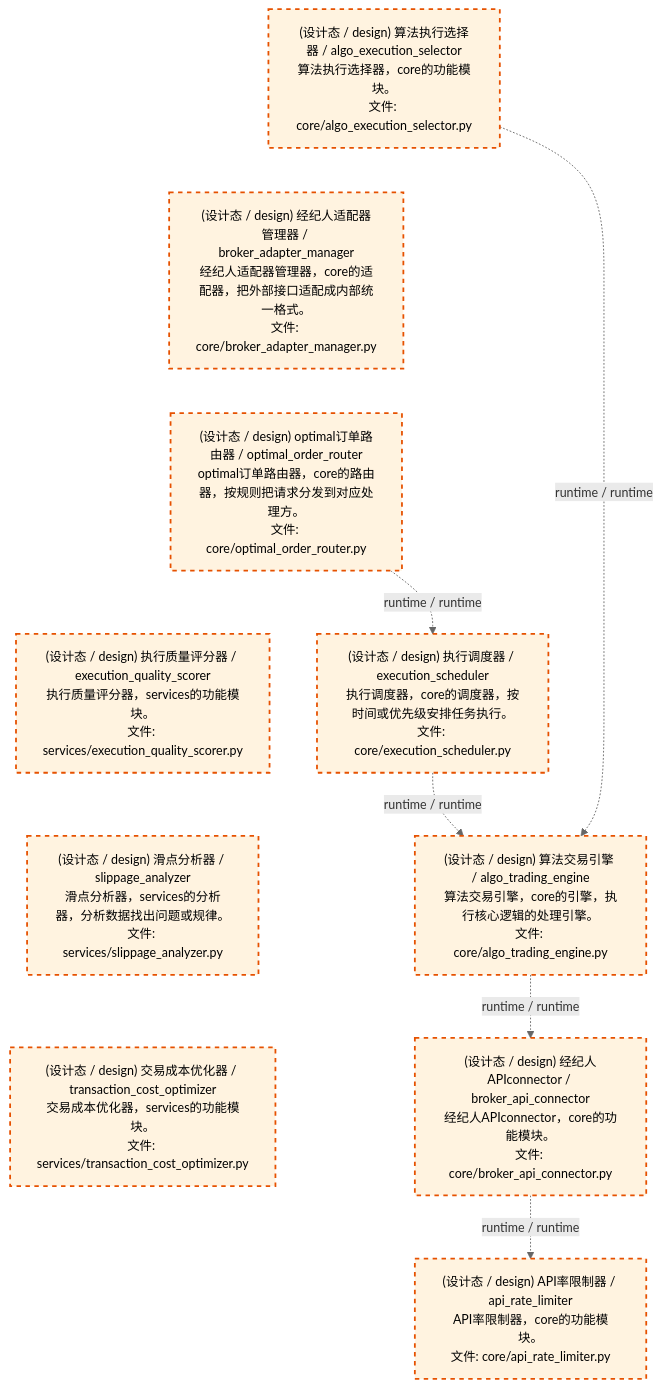
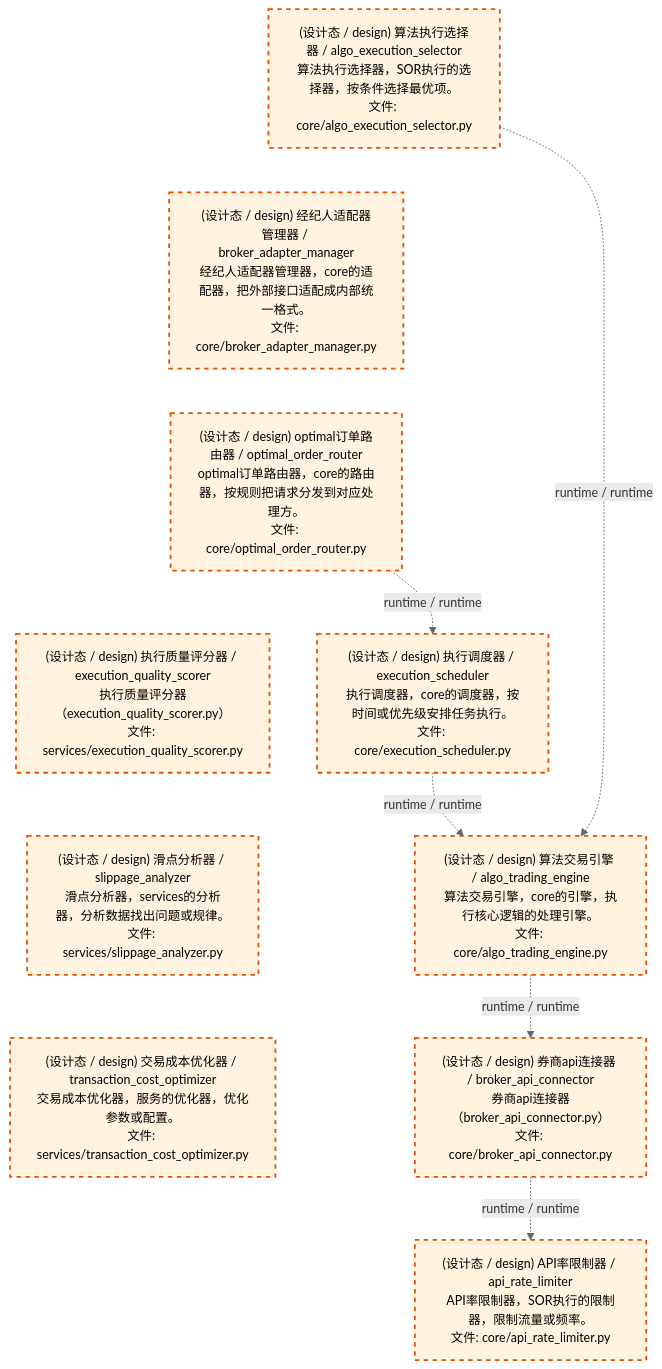
One commit to xuanFelixVan/ZephyrAlpha changed the third of 4 diagrams in docs/02_enterprise_architecture/02_domain_architecture_docs/45_d_ex_sor.md. Above: the diagram before and after it, drawn with Mermaid. The commit also changed other lines of this file and 50 other files, not shown here.

````diff
--- a/docs/02_enterprise_architecture/02_domain_architecture_docs/45_d_ex_sor.md
+++ b/docs/02_enterprise_architecture/02_domain_architecture_docs/45_d_ex_sor.md
@@ -138,29 +138,29 @@
 ```mermaid
 %%{init: {'theme': 'base', 'themeVariables': {'primaryColor': '#eaeaea', 'primaryTextColor': '#333333', 'primaryBorderColor': '#666666', 'lineColor': '#666666', 'secondaryColor': '#eaeaea', 'tertiaryColor': '#eaeaea', 'fontSize': '14px'}}}%%
 flowchart TD
-    src_zephyr_ex_sor_core_algo_execution_selector_py["(设计态 / design) 算法执行选择器 / algo_execution_selector<br/>算法执行选择器，core的功能模块。<br/>文件: core/algo_execution_selector.py"]
+    src_zephyr_ex_sor_core_algo_execution_selector_py["(设计态 / design) 算法执行选择器 / algo_execution_selector<br/>算法执行选择器，SOR执行的选择器，按条件选择最优项。<br/>文件: core/algo_execution_selector.py"]
     src_zephyr_ex_sor_core_broker_adapter_manager_py["(设计态 / design) 经纪人适配器管理器 / broker_adapter_manager<br/>经纪人适配器管理器，core的适配器，把外部接口适配成内部统一格式。<br/>文件: core/broker_adapter_manager.py"]
     src_zephyr_ex_sor_core_optimal_order_router_py["(设计态 / design) optimal订单路由器 / optimal_order_router<br/>optimal订单路由器，core的路由器，按规则把请求分发到对应处理方。<br/>文件: core/optimal_order_router.py"]
-    src_zephyr_ex_sor_services_execution_quality_scorer_py["(设计态 / design) 执行质量评分器 / execution_quality_scorer<br/>执行质量评分器，services的功能模块。<br/>文件: services/execution_quality_scorer.py"]
+    src_zephyr_ex_sor_services_execution_quality_scorer_py["(设计态 / design) 执行质量评分器 / execution_quality_scorer<br/>执行质量评分器（execution_quality_scorer.py）<br/>文件: services/execution_quality_scorer.py"]
     src_zephyr_ex_sor_services_slippage_analyzer_py["(设计态 / design) 滑点分析器 / slippage_analyzer<br/>滑点分析器，services的分析器，分析数据找出问题或规律。<br/>文件: services/slippage_analyzer.py"]
-    src_zephyr_ex_sor_services_transaction_cost_optimizer_py["(设计态 / design) 交易成本优化器 / transaction_cost_optimizer<br/>交易成本优化器，services的功能模块。<br/>文件: services/transaction_cost_optimizer.py"]
+    src_zephyr_ex_sor_services_transaction_cost_optimizer_py["(设计态 / design) 交易成本优化器 / transaction_cost_optimizer<br/>交易成本优化器，服务的优化器，优化参数或配置。<br/>文件: services/transaction_cost_optimizer.py"]
     src_zephyr_ex_sor_core_algo_execution_selector_py ~~~ src_zephyr_ex_sor_core_broker_adapter_manager_py
     src_zephyr_ex_sor_core_broker_adapter_manager_py ~~~ src_zephyr_ex_sor_core_optimal_order_router_py
     src_zephyr_ex_sor_core_optimal_order_router_py ~~~ src_zephyr_ex_sor_services_execution_quality_scorer_py
     src_zephyr_ex_sor_services_execution_quality_scorer_py ~~~ src_zephyr_ex_sor_services_slippage_analyzer_py
     src_zephyr_ex_sor_services_slippage_analyzer_py ~~~ src_zephyr_ex_sor_services_transaction_cost_optimizer_py
     src_zephyr_ex_sor_core_execution_scheduler_py["(设计态 / design) 执行调度器 / execution_scheduler<br/>执行调度器，core的调度器，按时间或优先级安排任务执行。<br/>文件: core/execution_scheduler.py"]
     src_zephyr_ex_sor_core_algo_trading_engine_py["(设计态 / design) 算法交易引擎 / algo_trading_engine<br/>算法交易引擎，core的引擎，执行核心逻辑的处理引擎。<br/>文件: core/algo_trading_engine.py"]
-    src_zephyr_ex_sor_core_broker_api_connector_py["(设计态 / design) 经纪人APIconnector / broker_api_connector<br/>经纪人APIconnector，core的功能模块。<br/>文件: core/broker_api_connector.py"]
-    src_zephyr_ex_sor_core_api_rate_limiter_py["(设计态 / design) API率限制器 / api_rate_limiter<br/>API率限制器，core的功能模块。<br/>文件: core/api_rate_limiter.py"]
+    src_zephyr_ex_sor_core_broker_api_connector_py["(设计态 / design) 券商api连接器 / broker_api_connector<br/>券商api连接器（broker_api_connector.py）<br/>文件: core/broker_api_connector.py"]
+    src_zephyr_ex_sor_core_api_rate_limiter_py["(设计态 / design) API率限制器 / api_rate_limiter<br/>API率限制器，SOR执行的限制器，限制流量或频率。<br/>文件: core/api_rate_limiter.py"]
     src_zephyr_ex_sor_core_optimal_order_router_py -.->|runtime / runtime| src_zephyr_ex_sor_core_execution_scheduler_py
     src_zephyr_ex_sor_core_execution_scheduler_py -.->|runtime / runtime| src_zephyr_ex_sor_core_algo_trading_engine_py
     src_zephyr_ex_sor_core_algo_trading_engine_py -.->|runtime / runtime| src_zephyr_ex_sor_core_broker_api_connector_py
     src_zephyr_ex_sor_core_algo_execution_selector_py -.->|runtime / runtime| src_zephyr_ex_sor_core_algo_trading_engine_py
     src_zephyr_ex_sor_core_broker_api_connector_py -.->|runtime / runtime| src_zephyr_ex_sor_core_api_rate_limiter_py
     classDef production fill:#e1f5fe,stroke:#01579b,stroke-width:2px,color:#000
     classDef design fill:#fff3e0,stroke:#e65100,stroke-width:2px,color:#000,stroke-dasharray: 5 5
     classDef external_prod fill:#e8f4fd,stroke:#0277bd,stroke-width:1px,color:#000
     classDef external_design fill:#fff8e7,stroke:#ef6c00,stroke-width:1px,color:#000,stroke-dasharray: 5 5
     class src_zephyr_ex_sor_core_algo_execution_selector_py,src_zephyr_ex_sor_core_algo_trading_engine_py,src_zephyr_ex_sor_core_api_rate_limiter_py,src_zephyr_ex_sor_core_broker_adapter_manager_py,src_zephyr_ex_sor_core_broker_api_connector_py,src_zephyr_ex_sor_core_execution_scheduler_py,src_zephyr_ex_sor_core_optimal_order_router_py,src_zephyr_ex_sor_services_execution_quality_scorer_py,src_zephyr_ex_sor_services_slippage_analyzer_py,src_zephyr_ex_sor_services_transaction_cost_optimizer_py design
 ```
````
